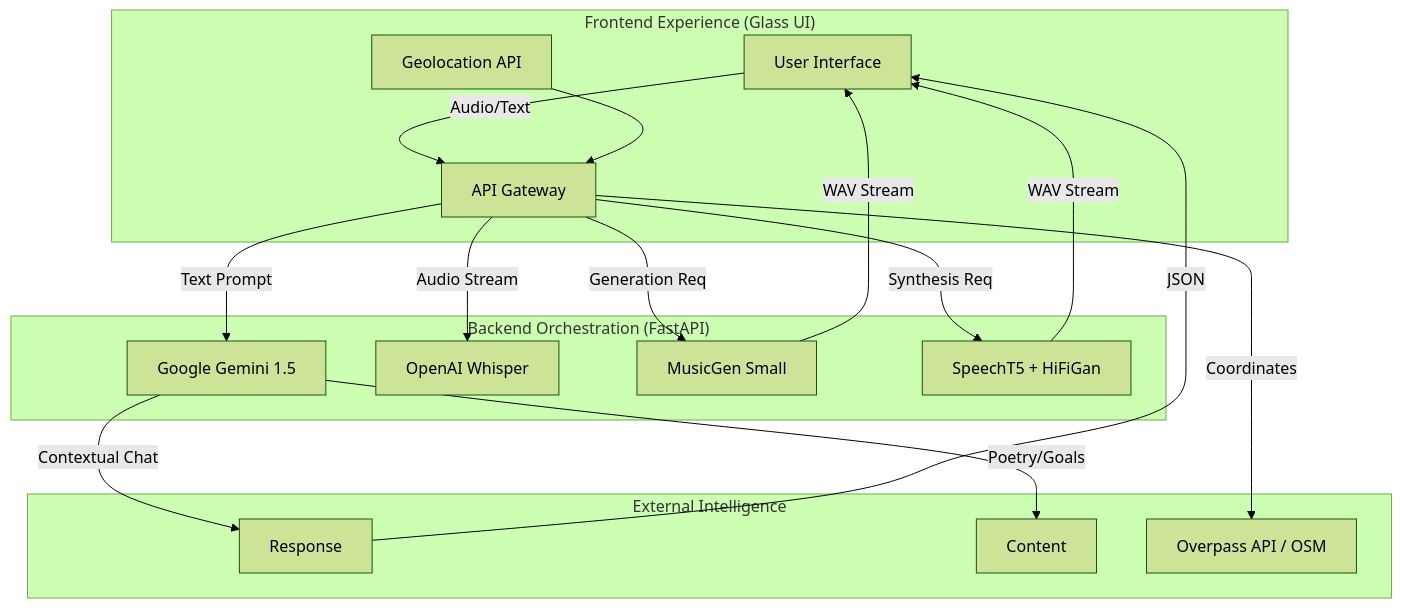
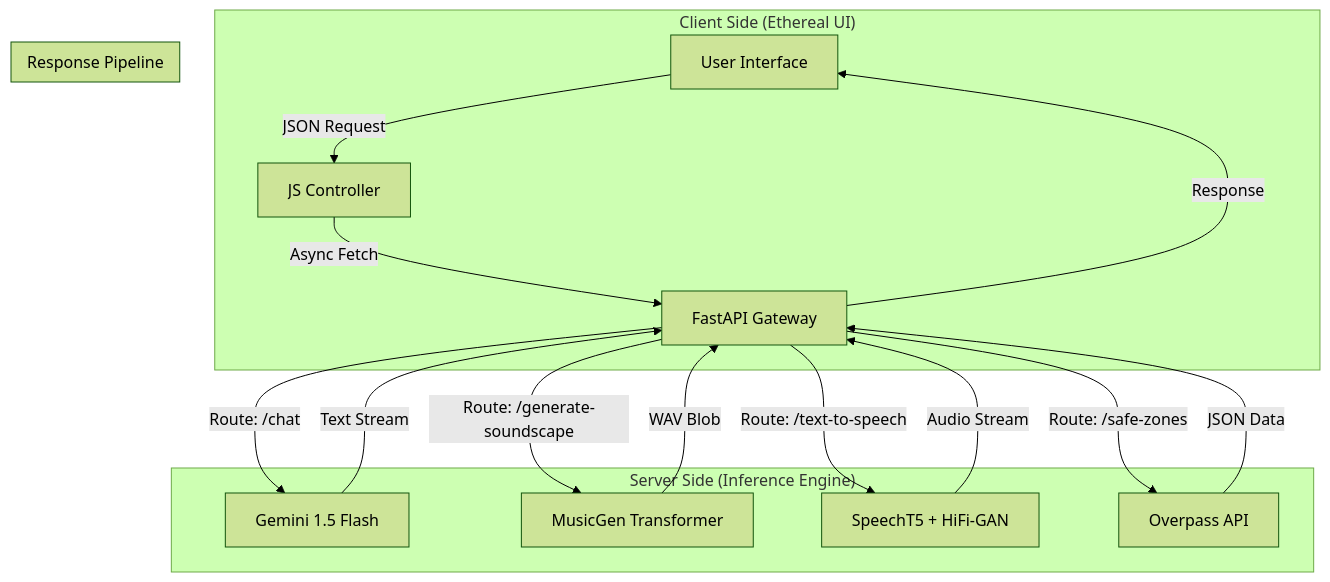
Before and after one commit to SalmaTech-03/manas-ai-wellness: the diagram in README.md, drawn with Mermaid (forest theme). The commit also changed other lines of this file, not shown here.

````diff
--- a/README.md
+++ b/README.md
@@ -24,24 +35,23 @@
 ```mermaid
 graph TD
-    subgraph "Frontend Experience (Glass UI)"
-        UI[User Interface] -->|Audio/Text| GW[API Gateway]
-        GEO[Geolocation API] --> GW
+    subgraph "Client Side (Ethereal UI)"
+    A[User Interface] -->|JSON Request| B[JS Controller]
+    B -->|Async Fetch| C[FastAPI Gateway]
     end
 
-    subgraph "Backend Orchestration (FastAPI)"
-        GW -->|Text Prompt| LLM[Google Gemini 1.5]
-        GW -->|Audio Stream| STT[OpenAI Whisper]
-        GW -->|Generation Req| AUD[MusicGen Small]
-        GW -->|Synthesis Req| TTS[SpeechT5 + HiFiGan]
+    subgraph "Server Side (Inference Engine)"
+    C -->|Route: /chat| D[Gemini 1.5 Flash]
+    C -->|Route: /generate-soundscape| E[MusicGen Transformer]
+    C -->|Route: /text-to-speech| F[SpeechT5 + HiFi-GAN]
+    C -->|Route: /safe-zones| G[Overpass API]
     end
 
-    subgraph "External Intelligence"
-        LLM -->|Contextual Chat| RESP[Response]
-        LLM -->|Poetry/Goals| GEN[Content]
-        GW -->|Coordinates| OSM[Overpass API / OSM]
+    subgraph "Response Pipeline"
+    D -->|Text Stream| C
+    E -->|WAV Blob| C
+    F -->|Audio Stream| C
+    G -->|JSON Data| C
     end
 
-    AUD -->|WAV Stream| UI
-    TTS -->|WAV Stream| UI
-    RESP -->|JSON| UI
+    C -->|Response| A
 ```
````
